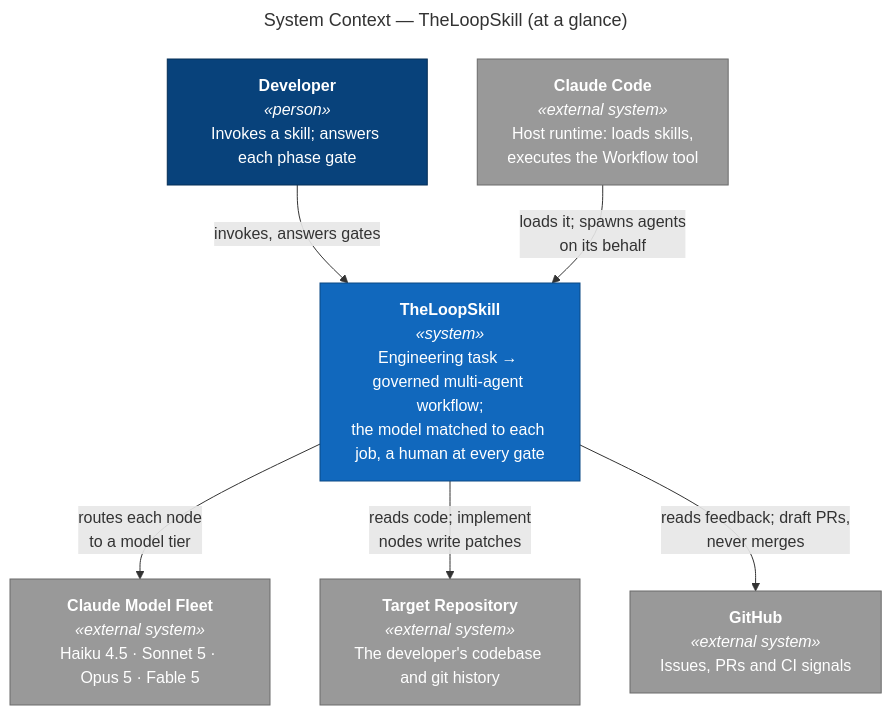
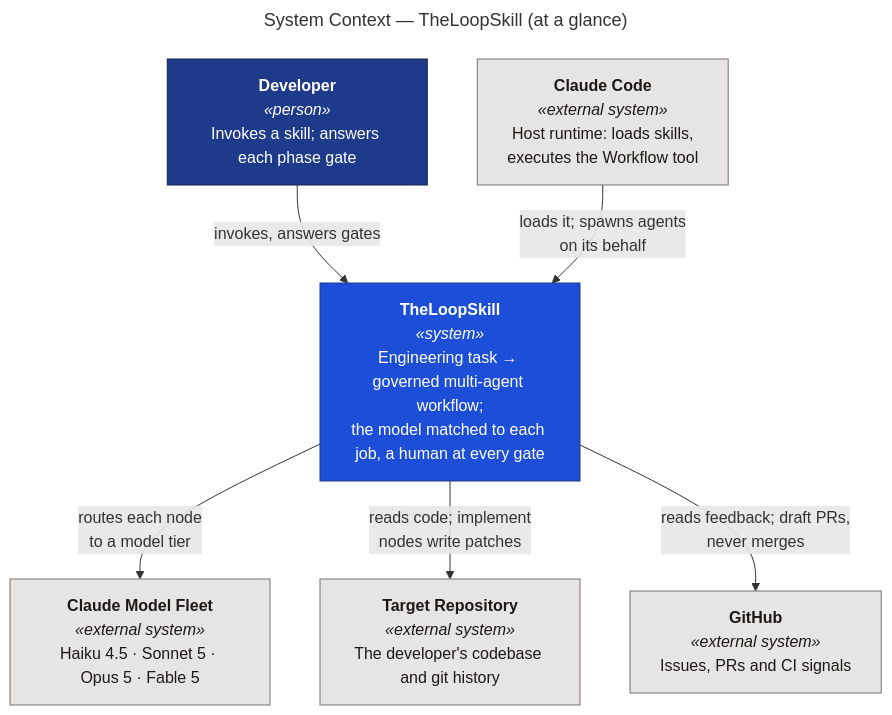
One commit to santapong/Proof changed the diagram in docs/c4/diagrams/src/context-glance.mmd. Above: the diagram before and after it, drawn with Mermaid. The commit also changed 35 other files, not shown here.

First line of the commit message:
Diagrams: apply the family palette to all 18 sources

```diff
--- a/docs/c4/diagrams/src/context-glance.mmd
+++ b/docs/c4/diagrams/src/context-glance.mmd
@@ -1,25 +1,25 @@
 ---
 title: "System Context — TheLoopSkill (at a glance)"
 ---
 flowchart TB
     dev["<b>Developer</b><br/><i>«person»</i><br/>Invokes a skill; answers each phase gate"]
 
     tls["<b>TheLoopSkill</b><br/><i>«system»</i><br/>Engineering task → governed multi-agent workflow;<br/>the model matched to each job, a human at every gate"]
 
     cc["<b>Claude Code</b><br/><i>«external system»</i><br/>Host runtime: loads skills,<br/>executes the Workflow tool"]
     fleet["<b>Claude Model Fleet</b><br/><i>«external system»</i><br/>Haiku 4.5 · Sonnet 5 · Opus 5 · Fable 5"]
     repo["<b>Target Repository</b><br/><i>«external system»</i><br/>The developer's codebase and git history"]
     forge["<b>GitHub</b><br/><i>«external system»</i><br/>Issues, PRs and CI signals"]
 
     dev -- "invokes, answers gates" --> tls
     cc -- "loads it; spawns agents<br/>on its behalf" --> tls
     tls -- "routes each node<br/>to a model tier" --> fleet
     tls -- "reads code; implement<br/>nodes write patches" --> repo
     tls -- "reads feedback; draft PRs,<br/>never merges" --> forge
 
-    classDef person fill:#08427B,stroke:#052E56,color:#fff
-    classDef system fill:#1168BD,stroke:#0B4884,color:#fff
-    classDef ext fill:#999999,stroke:#6B6B6B,color:#fff
+    classDef person fill:#1E3A8A,stroke:#172554,color:#fff
+    classDef system fill:#1D4ED8,stroke:#1E3A8A,color:#fff
+    classDef ext fill:#E7E5E4,stroke:#78716C,color:#1C1917
     class dev person
     class tls system
     class cc,fleet,repo,forge ext
```
